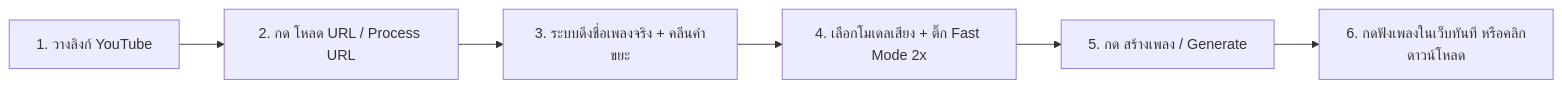
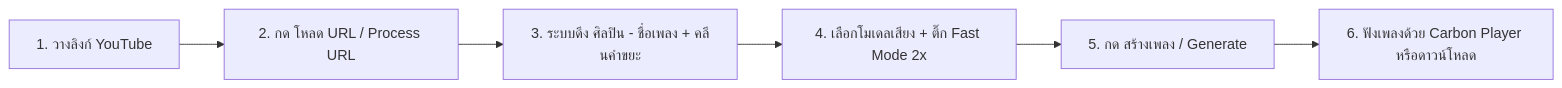
The diagram in README.md (kainapat/AICoverGen), drawn with Mermaid before and after one commit. The commit also changed other lines of this file and 6 other files, not shown here.

Commit message:
feat: dedicated downloads, smart artist-song extraction, and carbon theme audio player

````diff
--- a/README.md
+++ b/README.md
@@ -87,8 +88,8 @@
 ```mermaid
 graph LR
     A[1. วางลิงก์ YouTube] --> B[2. กด โหลด URL / Process URL]
-    B --> C[3. ระบบดึงชื่อเพลงจริง + คลีนคำขยะ]
+    B --> C[3. ระบบดึง ศิลปิน - ชื่อเพลง + คลีนคำขยะ]
     C --> D[4. เลือกโมเดลเสียง + ติ๊ก Fast Mode 2x]
     D --> E[5. กด สร้างเพลง / Generate]
-    E --> F[6. กดฟังเพลงในเว็บทันที หรือคลิกดาวน์โหลด]
+    E --> F[6. ฟังเพลงด้วย Carbon Player หรือดาวน์โหลด]
 ```
````
